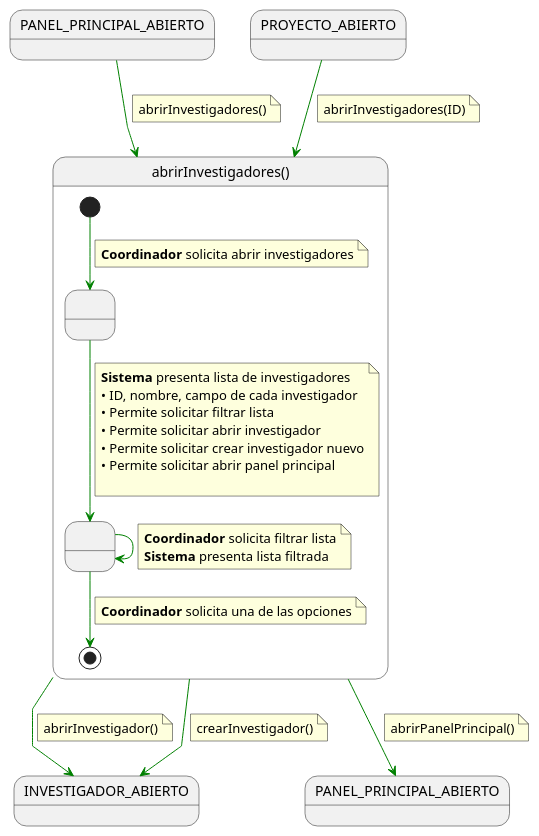
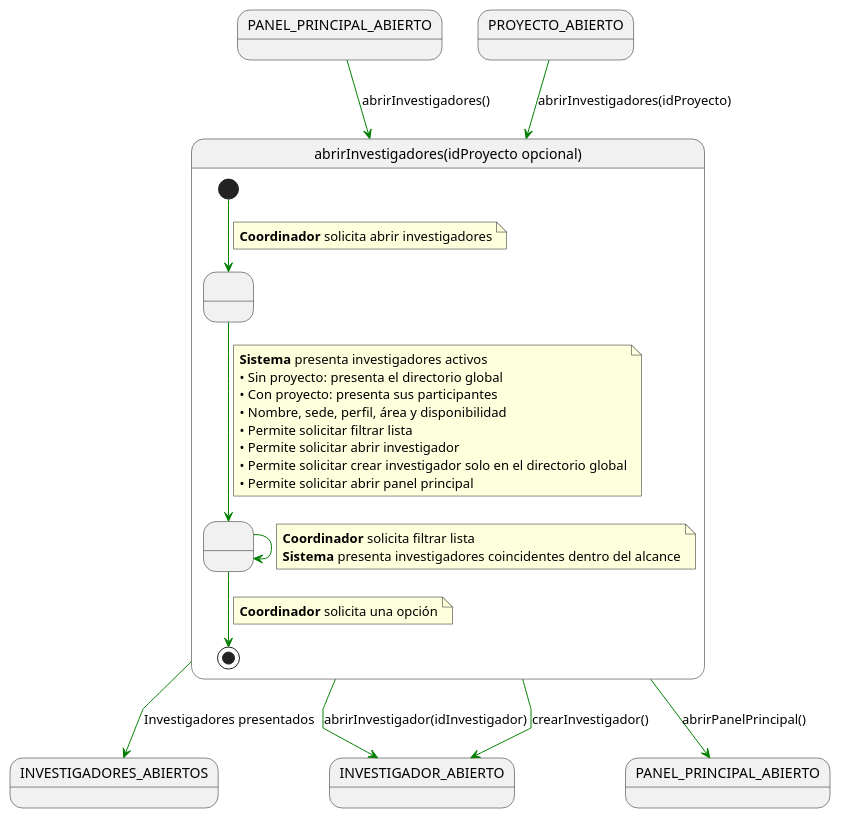
Before and after one commit to beatriizorozco/25-26-idsw2-sdVC: the diagram in RUP/00-casos-uso/02-detalle/coordinador/abrirInvestigadores/especificacion.puml, drawn with PlantUML. The commit also changed 41 other files, not shown here.

```diff
--- a/RUP/00-casos-uso/02-detalle/coordinador/abrirInvestigadores/especificacion.puml
+++ b/RUP/00-casos-uso/02-detalle/coordinador/abrirInvestigadores/especificacion.puml
@@ -1,67 +1,47 @@
 @startuml abrirInvestigadores
-
 skinparam linetype polyline
 
-state in1 as "PANEL_PRINCIPAL_ABIERTO"
-in1 -[#green]-> abrirInvestigadores
-note on link
-abrirInvestigadores()
-end note
+state "PANEL_PRINCIPAL_ABIERTO" as Panel
+state "PROYECTO_ABIERTO" as Proyecto
 
-state abrirInvestigadores as "abrirInvestigadores()" {
+Panel -[#green]-> abrirInvestigadores: abrirInvestigadores()
+Proyecto -[#green]-> abrirInvestigadores: abrirInvestigadores(idProyecto)
 
-    state " " as MostrandoLista
-    state " " as FiltrandoLista
+state abrirInvestigadores as "abrirInvestigadores(idProyecto opcional)" {
+    state " " as MostrandoInvestigadores
+    state " " as FiltrandoInvestigadores
 
-    [*] -[#green]-> MostrandoLista 
+    [*] -[#green]-> MostrandoInvestigadores
     note on link
     <b>Coordinador</b> solicita abrir investigadores
-    end note    
-    
-    MostrandoLista -[#green]-> FiltrandoLista
+    end note
+
+    MostrandoInvestigadores -[#green]-> FiltrandoInvestigadores
     note on link
-    <b>Sistema</b> presenta lista de investigadores
-    • ID, nombre, campo de cada investigador
+    <b>Sistema</b> presenta investigadores activos
+    • Sin proyecto: presenta el directorio global
+    • Con proyecto: presenta sus participantes
+    • Nombre, sede, perfil, área y disponibilidad
     • Permite solicitar filtrar lista
     • Permite solicitar abrir investigador
-    • Permite solicitar crear investigador nuevo
+    • Permite solicitar crear investigador solo en el directorio global
     • Permite solicitar abrir panel principal
-    
     end note
-    
-    FiltrandoLista -[#green]-> FiltrandoLista
+
+    FiltrandoInvestigadores -[#green]-> FiltrandoInvestigadores
     note on link
     <b>Coordinador</b> solicita filtrar lista
-    <b>Sistema</b> presenta lista filtrada
+    <b>Sistema</b> presenta investigadores coincidentes dentro del alcance
     end note
-    
-    FiltrandoLista -[#green]-> [*]
+
+    FiltrandoInvestigadores -[#green]-> [*]
     note on link
-    <b>Coordinador</b> solicita una de las opciones
+    <b>Coordinador</b> solicita una opción
     end note
 }
 
-
-PROYECTO_ABIERTO -[#green]-> abrirInvestigadores
-note on link
-abrirInvestigadores(ID)
-end note
-
-
-abrirInvestigadores -[#green]-> INVESTIGADOR_ABIERTO
-note on link
-abrirInvestigador()
-end note
-
-abrirInvestigadores -[#green]-> INVESTIGADOR_ABIERTO
-note on link
-crearInvestigador()
-end note
-
-
-abrirInvestigadores -[#green]-> PANEL_PRINCIPAL_ABIERTO
-note on link
-abrirPanelPrincipal()
-end note
-
+abrirInvestigadores -[#green]-> INVESTIGADORES_ABIERTOS: Investigadores presentados
+abrirInvestigadores -[#green]-> INVESTIGADOR_ABIERTO: abrirInvestigador(idInvestigador)
+abrirInvestigadores -[#green]-> INVESTIGADOR_ABIERTO: crearInvestigador()
+abrirInvestigadores -[#green]-> PANEL_PRINCIPAL_ABIERTO: abrirPanelPrincipal()
 @enduml
```
